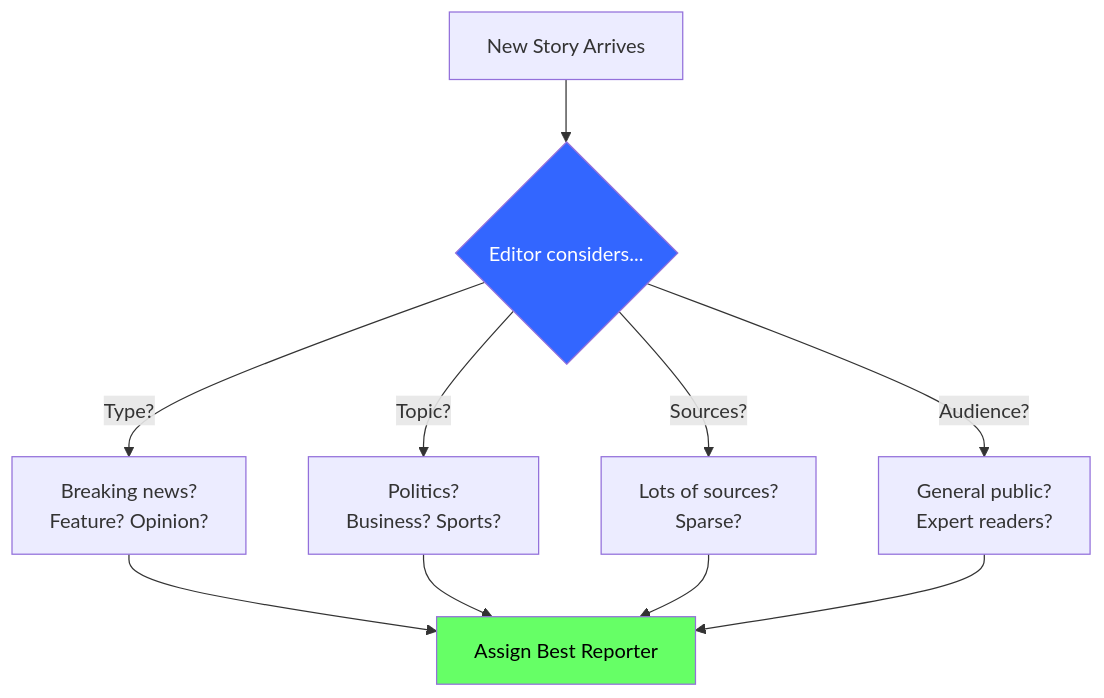
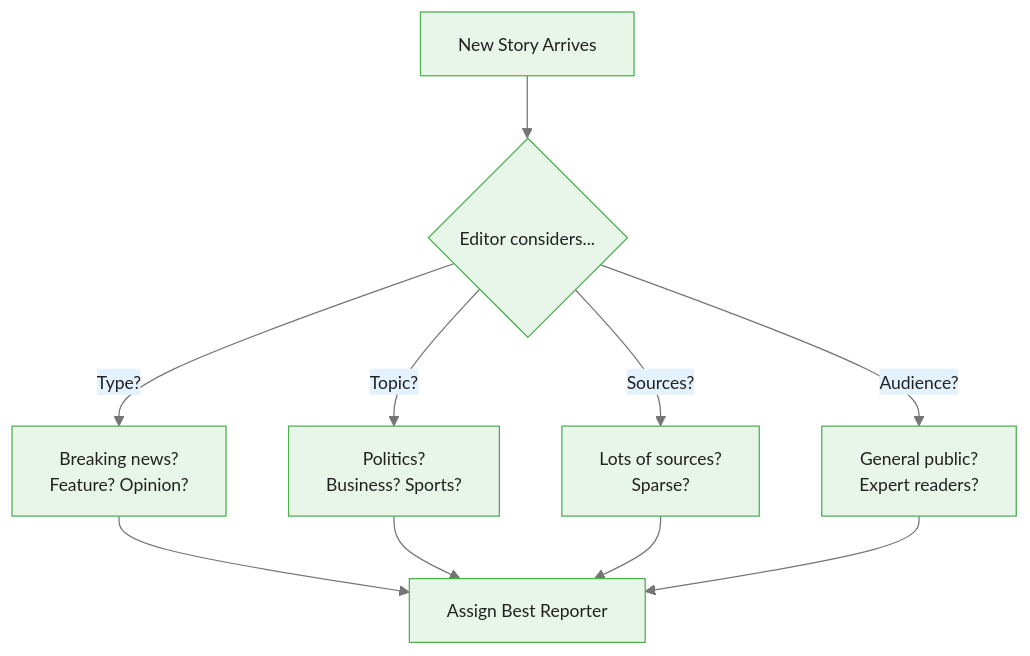
One commit to m-deane/course-creator changed the fourth of 5 diagrams in courses/multi-armed-bandits-ab-testing/modules/module_08_prompt_routing_bandits/guides/03_contextual_prompt_routing_slides.md. Above: the diagram before and after it, drawn with Mermaid. The commit also changed other lines of this file and 146 other files, not shown here.

````diff
--- a/courses/multi-armed-bandits-ab-testing/modules/module_08_prompt_routing_bandits/guides/03_contextual_prompt_routing_slides.md
+++ b/courses/multi-armed-bandits-ab-testing/modules/module_08_prompt_routing_bandits/guides/03_contextual_prompt_routing_slides.md
@@ -233,14 +271,12 @@
 ```mermaid
+%%{init: {"theme": "base", "themeVariables": {"primaryColor": "#e8f5e9", "primaryBorderColor": "#4caf50", "primaryTextColor": "#212121", "secondaryColor": "#e3f2fd", "tertiaryColor": "#fff8e1", "lineColor": "#757575", "fontFamily": "Inter, sans-serif", "fontSize": "14px"}}}%%
 flowchart TD
     Story["New Story Arrives"] --> Editor{Editor considers...}
 
     Editor -->|"Type?"| Type["Breaking news?<br/>Feature? Opinion?"]
     Editor -->|"Topic?"| Topic["Politics?<br/>Business? Sports?"]
     Editor -->|"Sources?"| Sources["Lots of sources?<br/>Sparse?"]
     Editor -->|"Audience?"| Audience["General public?<br/>Expert readers?"]
 
     Type & Topic & Sources & Audience --> Assign["Assign Best Reporter"]
-
-    style Editor fill:#36f,color:#fff
-    style Assign fill:#6f6,color:#000
 ```
````
